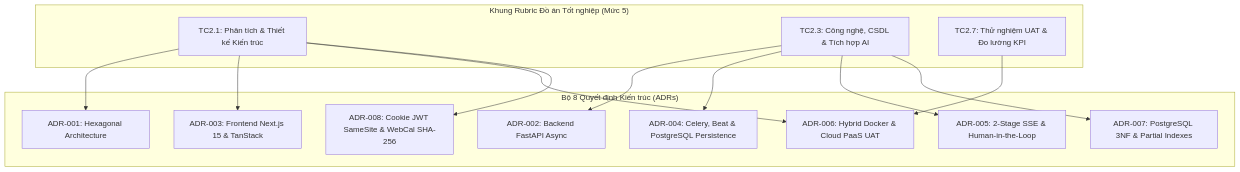
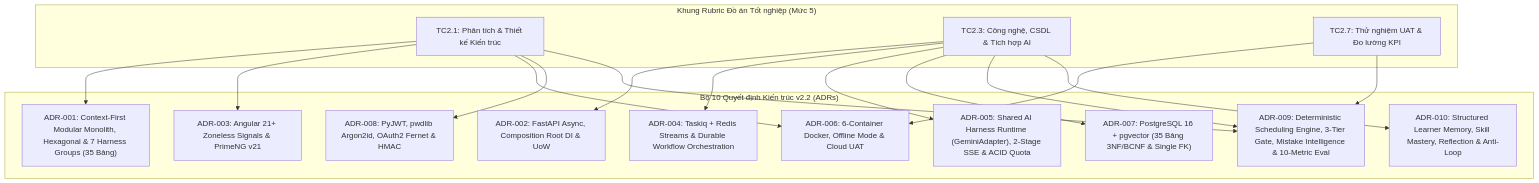
The first of 2 diagrams in docs/decisions/README.md (Coffat/FocusFlow), drawn with Mermaid before and after one commit. The commit also changed other lines of this file and 529 other files, not shown here.

````diff
--- a/docs/decisions/README.md
+++ b/docs/decisions/README.md
@@ -41,31 +44,35 @@
 ```mermaid
 flowchart TD
     subgraph Rubric["Khung Rubric Đồ án Tốt nghiệp (Mức 5)"]
         TC21["TC2.1: Phân tích & Thiết kế Kiến trúc"]
         TC23["TC2.3: Công nghệ, CSDL & Tích hợp AI"]
         TC27["TC2.7: Thử nghiệm UAT & Đo lường KPI"]
     end
 
-    subgraph ADRs["Bộ 8 Quyết định Kiến trúc (ADRs)"]
-        A1["ADR-001: Hexagonal Architecture"]
-        A2["ADR-002: Backend FastAPI Async"]
-        A3["ADR-003: Frontend Next.js 15 & TanStack"]
-        A4["ADR-004: Celery, Beat & PostgreSQL Persistence"]
-        A5["ADR-005: 2-Stage SSE & Human-in-the-Loop"]
-        A6["ADR-006: Hybrid Docker & Cloud PaaS UAT"]
-        A7["ADR-007: PostgreSQL 3NF & Partial Indexes"]
-        A8["ADR-008: Cookie JWT SameSite & WebCal SHA-256"]
+    subgraph ADRs["Bộ 10 Quyết định Kiến trúc v2.2 (ADRs)"]
+        A1["ADR-001: Context-First Modular Monolith, Hexagonal & 7 Harness Groups (35 Bảng)"]
+        A2["ADR-002: FastAPI Async, Composition Root DI & UoW"]
+        A3["ADR-003: Angular 21+ Zoneless Signals & PrimeNG v21"]
+        A4["ADR-004: Taskiq + Redis Streams & Durable Workflow Orchestration"]
+        A5["ADR-005: Shared AI Harness Runtime (GeminiAdapter), 2-Stage SSE & ACID Quota"]
+        A6["ADR-006: 6-Container Docker, Offline Mode & Cloud UAT"]
+        A7["ADR-007: PostgreSQL 16 + pgvector (35 Bảng 3NF/BCNF & Single FK)"]
+        A8["ADR-008: PyJWT, pwdlib Argon2id, OAuth2 Fernet & HMAC"]
+        A9["ADR-009: Deterministic Scheduling Engine, 3-Tier Gate, Mistake Intelligence & 10-Metric Eval"]
+        A10["ADR-010: Structured Learner Memory, Skill Mastery, Reflection & Anti-Loop"]
     end
 
     TC21 --> A1
     TC21 --> A3
     TC21 --> A6
     TC21 --> A8
-
+    TC21 --> A9
     TC23 --> A2
     TC23 --> A4
     TC23 --> A5
     TC23 --> A7
-
+    TC23 --> A9
+    TC23 --> A10
     TC27 --> A6
+    TC27 --> A9
 ```
````
